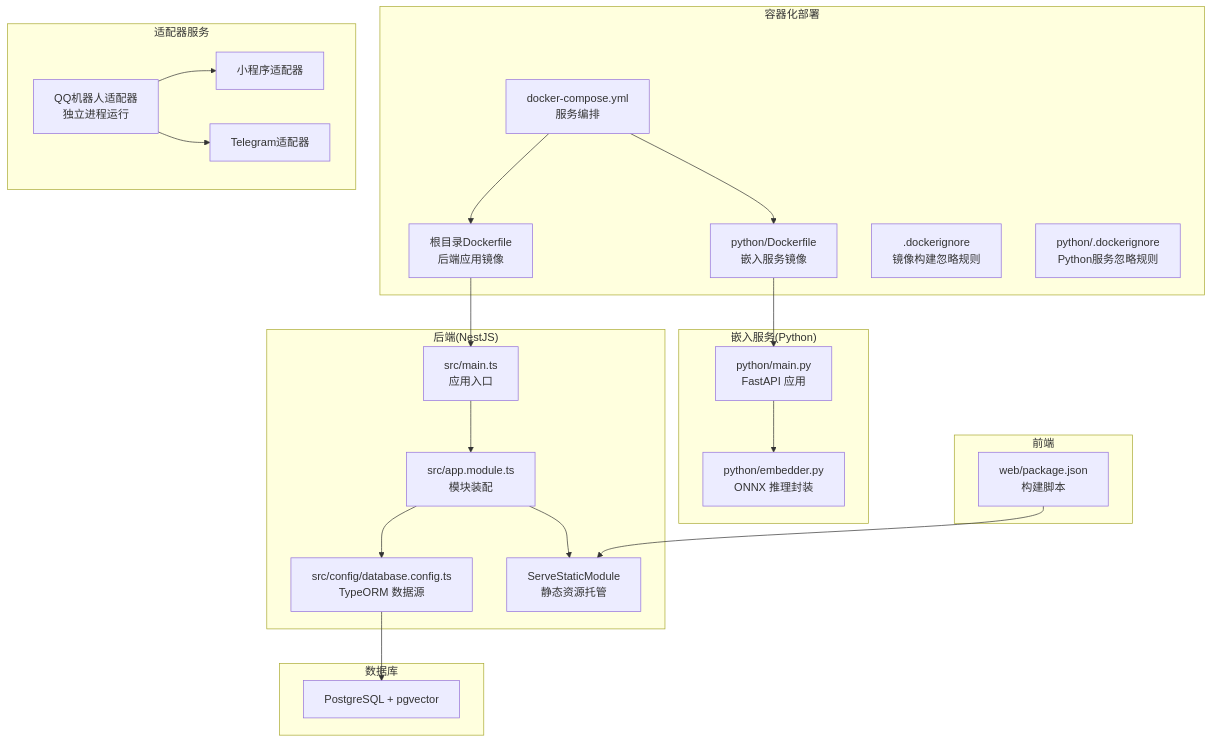
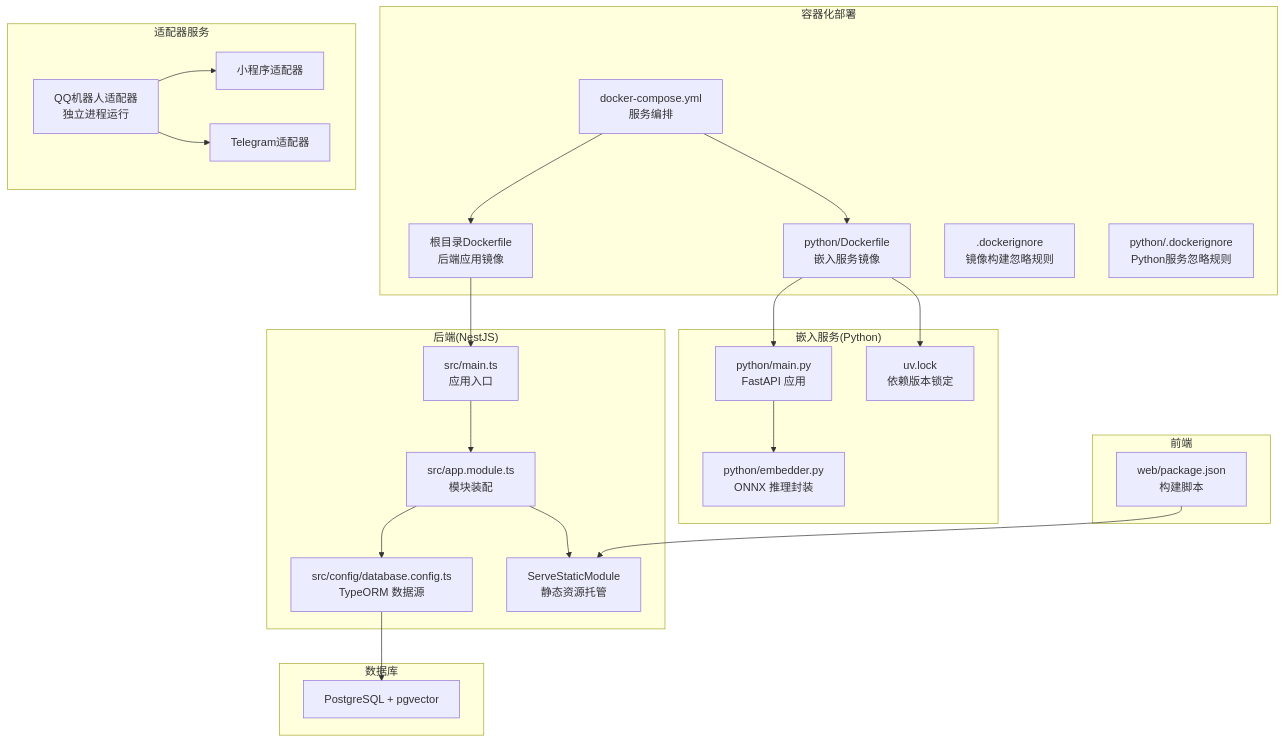
The first of 8 diagrams in .qoder/repowiki/zh/content/部署与运维/部署与运维.md (L1mingyoung/ex), drawn with Mermaid before and after one commit. The commit also changed other lines of this file and 14 other files, not shown here.

````diff
--- a/.qoder/repowiki/zh/content/部署与运维/部署与运维.md
+++ b/.qoder/repowiki/zh/content/部署与运维/部署与运维.md
@@ -57,43 +65,45 @@
 ```mermaid
 graph TB
 subgraph "容器化部署"
 Dockerfile["根目录Dockerfile<br/>后端应用镜像"]
 PyDockerfile["python/Dockerfile<br/>嵌入服务镜像"]
 Compose["docker-compose.yml<br/>服务编排"]
 Dockerignore[".dockerignore<br/>镜像构建忽略规则"]
 PyDockerignore["python/.dockerignore<br/>Python服务忽略规则"]
 end
 subgraph "后端(NestJS)"
 BE_Main["src/main.ts<br/>应用入口"]
 BE_AppModule["src/app.module.ts<br/>模块装配"]
 BE_DB["src/config/database.config.ts<br/>TypeORM 数据源"]
 BE_Static["ServeStaticModule<br/>静态资源托管"]
 end
 subgraph "嵌入服务(Python)"
 ES_Main["python/main.py<br/>FastAPI 应用"]
 ES_Embedder["python/embedder.py<br/>ONNX 推理封装"]
+ES_UV["uv.lock<br/>依赖版本锁定"]
 end
 subgraph "前端"
 FE_Pkg["web/package.json<br/>构建脚本"]
 end
 subgraph "数据库"
 PG["PostgreSQL + pgvector"]
 end
 subgraph "适配器服务"
 QQBot["QQ机器人适配器<br/>独立进程运行"]
 MiniProgram["小程序适配器"]
 Telegram["Telegram适配器"]
 end
 Dockerfile --> BE_Main
 PyDockerfile --> ES_Main
+PyDockerfile --> ES_UV
 Compose --> Dockerfile
 Compose --> PyDockerfile
 BE_Main --> BE_AppModule
 BE_AppModule --> BE_DB
 BE_AppModule --> BE_Static
 BE_DB --> PG
 ES_Main --> ES_Embedder
 FE_Pkg --> BE_Static
 QQBot --> MiniProgram
 QQBot --> Telegram
 ```
````
